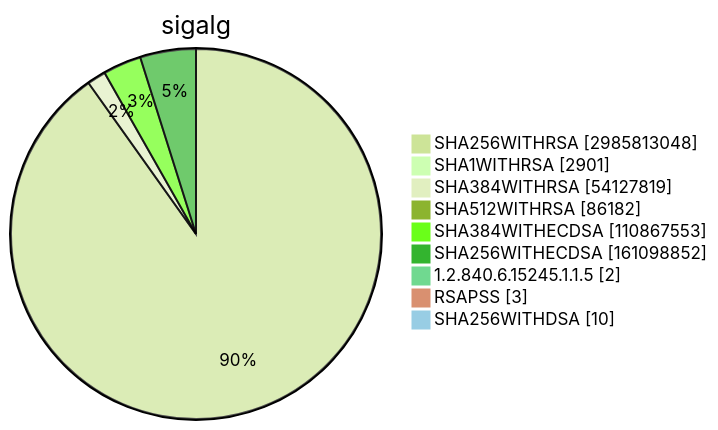
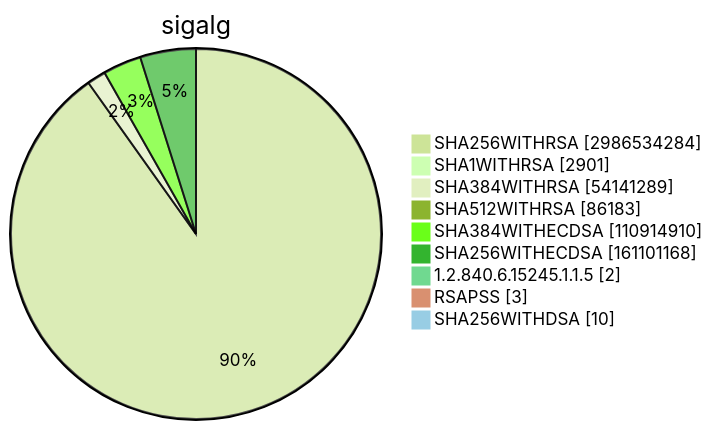
Diagram 15 of 15 in TOTAL/README.md (christiankrug/ctmonitor_visualization), drawn with Mermaid (forest theme) before and after one commit. The commit also changed other lines of this file, not shown here.

````diff
--- a/TOTAL/README.md
+++ b/TOTAL/README.md
@@ -6208,13 +6208,13 @@
 ```mermaid
 pie showData
 title sigalg
-"SHA256WITHRSA" :2985813048
+"SHA256WITHRSA" :2986534284
 "SHA1WITHRSA" :2901
-"SHA384WITHRSA" :54127819
-"SHA512WITHRSA" :86182
-"SHA384WITHECDSA" :110867553
-"SHA256WITHECDSA" :161098852
+"SHA384WITHRSA" :54141289
+"SHA512WITHRSA" :86183
+"SHA384WITHECDSA" :110914910
+"SHA256WITHECDSA" :161101168
 "1.2.840.6.15245.1.1.5" :2
 "RSAPSS" :3
 "SHA256WITHDSA" :10
 ```
````
